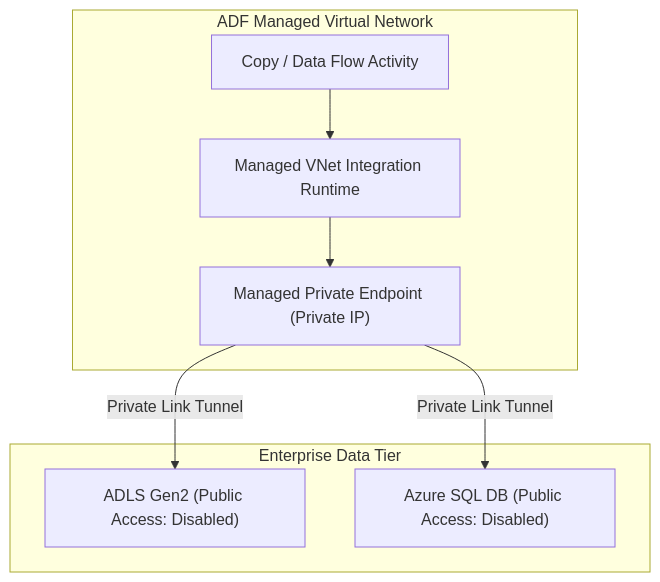
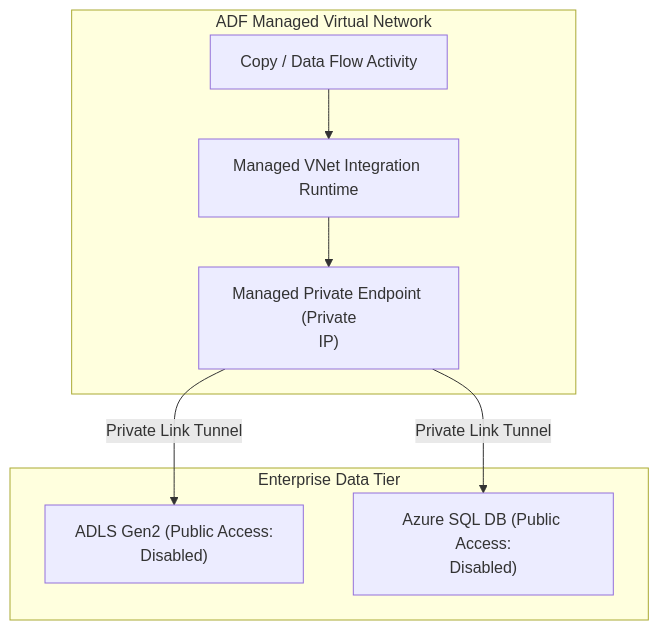
One commit to santoshjammi29/security-handbook changed the second of 2 diagrams in modules/08_adf_and_azure_pipeline_security/README.md. Above: the diagram before and after it, drawn with Mermaid. The commit also changed other lines of this file and 22 other files, not shown here.

Commit message:
fix(diagrams): word-wrap labels and escape comparison operators across all diagrams

````diff
--- a/modules/08_adf_and_azure_pipeline_security/README.md
+++ b/modules/08_adf_and_azure_pipeline_security/README.md
@@ -31,12 +31,12 @@
 ```mermaid
 flowchart TD
     subgraph ADFManagedVNet["ADF Managed Virtual Network"]
         Pipeline["Copy / Data Flow Activity"] --> ManagedIR["Managed VNet Integration Runtime"]
-        ManagedIR --> MPE["Managed Private Endpoint (Private IP)"]
+        ManagedIR --> MPE["Managed Private Endpoint (Private<br/>IP)"]
     end
 
     subgraph DataTier["Enterprise Data Tier"]
-        MPE -->|Private Link Tunnel| Storage["ADLS Gen2 (Public Access: Disabled)"]
-        MPE -->|Private Link Tunnel| SQL["Azure SQL DB (Public Access: Disabled)"]
+        MPE -->|Private Link Tunnel| Storage["ADLS Gen2 (Public Access:<br/>Disabled)"]
+        MPE -->|Private Link Tunnel| SQL["Azure SQL DB (Public Access:<br/>Disabled)"]
     end
 ```
````
